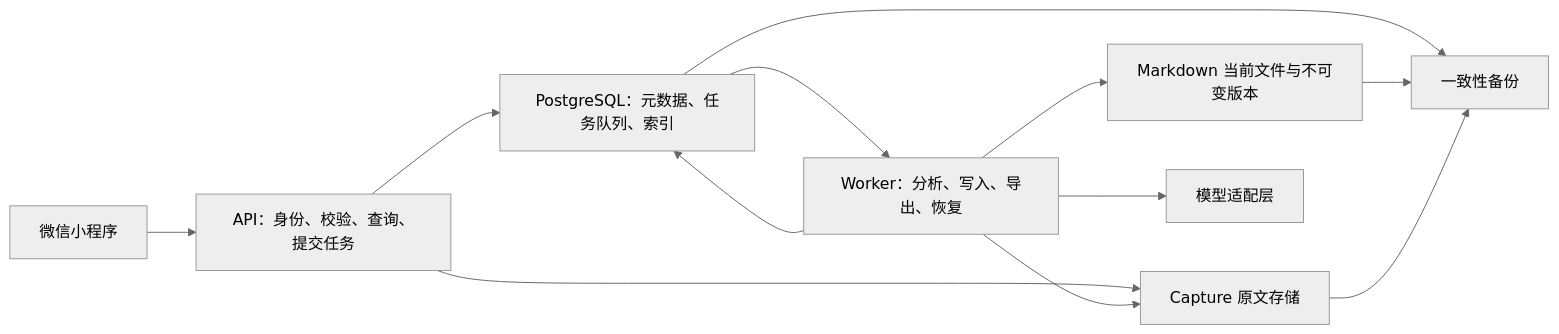
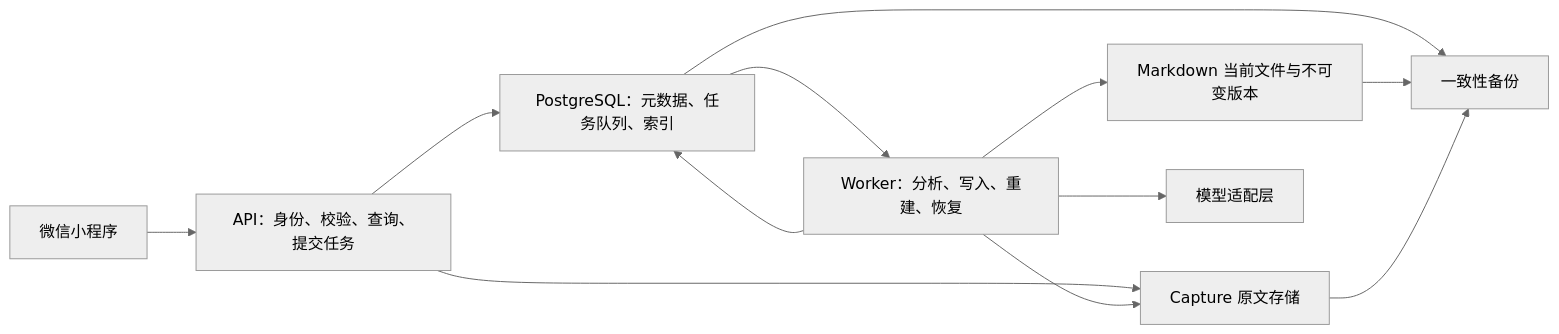
One commit to bianjunkai/gkd changed the first of 2 diagrams in 开发计划.md. Above: the diagram before and after it, drawn with Mermaid (neutral theme). The commit also changed other lines of this file and 17 other files, not shown here.

```diff
--- a/开发计划.md
+++ b/开发计划.md
@@ -92,14 +94,14 @@
 ~~~mermaid
 flowchart LR
   C["微信小程序"] --> A["API：身份、校验、查询、提交任务"]
   A --> P["PostgreSQL：元数据、任务队列、索引"]
   A --> R["Capture 原文存储"]
-  P --> W["Worker：分析、写入、导出、恢复"]
+  P --> W["Worker：分析、写入、重建、恢复"]
   W --> P
   W --> F["Markdown 当前文件与不可变版本"]
   W --> R
   W --> M["模型适配层"]
   P --> B["一致性备份"]
   F --> B
   R --> B
 ~~~
```
